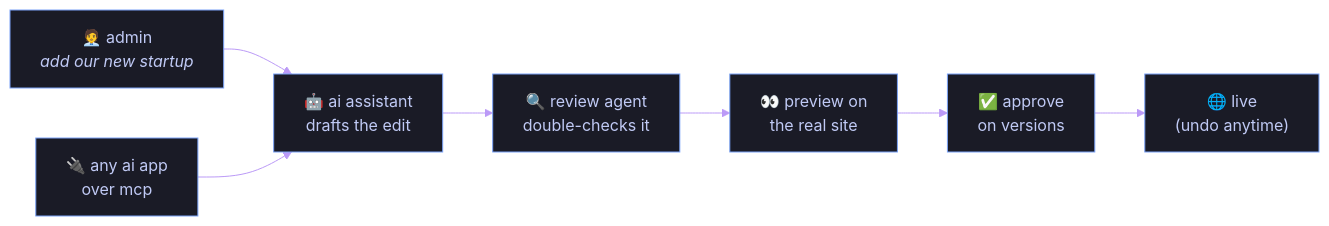
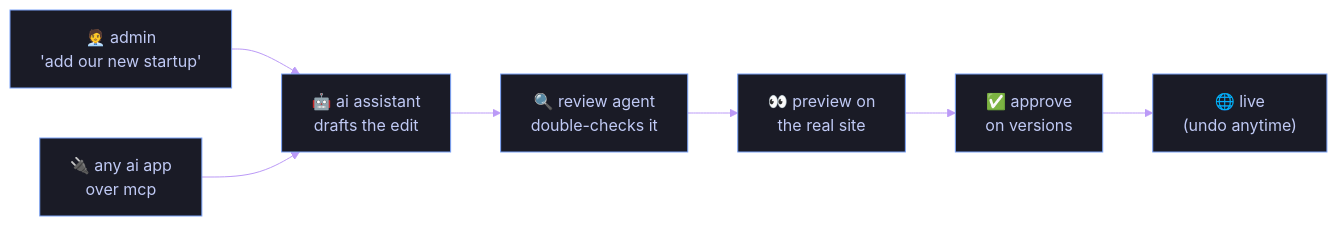
The diagram in README.md (Sanjay-Sunil/Sanjay-Sunil), drawn with Mermaid before and after one commit. The commit also changed other lines of this file, not shown here.

Commit message:
Polish README: portable emoji, plain diagram labels, badge alt text

````diff
--- a/README.md
+++ b/README.md
@@ -23,10 +23,10 @@
 ```mermaid
 %%{init: {'theme':'base','themeVariables':{'primaryColor':'#1a1b26','primaryTextColor':'#c0caf5','primaryBorderColor':'#7aa2f7','lineColor':'#bb9af7','fontFamily':'monospace'}}}%%
 flowchart LR
-    A["🧑‍💼 admin<br/><i>add our new startup</i>"] --> B["🤖 ai assistant<br/>drafts the edit"]
+    A["🧑‍💼 admin<br/>'add our new startup'"] --> B["🤖 ai assistant<br/>drafts the edit"]
     M["🔌 any ai app<br/>over mcp"] --> B
     B --> C["🔍 review agent<br/>double-checks it"]
     C --> D["👀 preview on<br/>the real site"]
     D --> E["✅ approve<br/>on versions"]
     E --> F["🌐 live<br/>(undo anytime)"]
 ```
````
